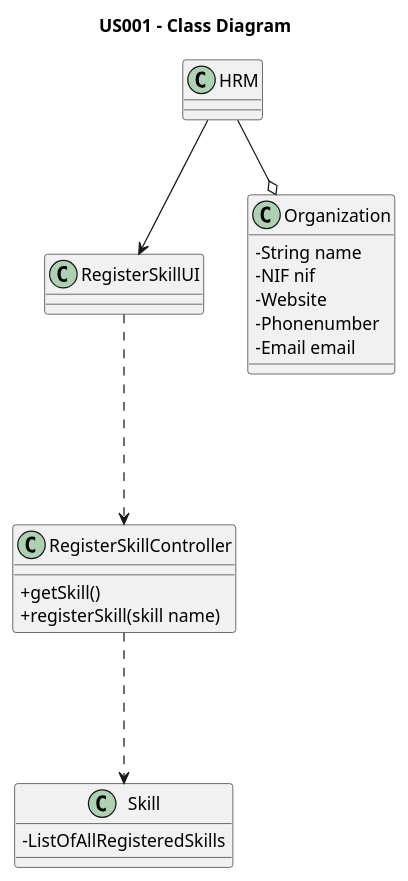
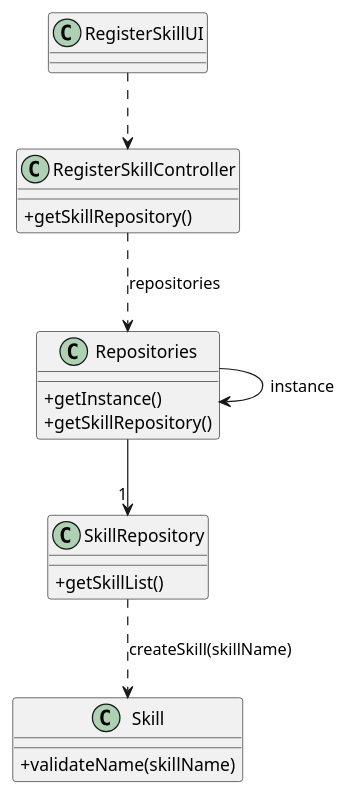
One commit to Rui-San/LAPR2_2023_2024 changed the diagram in docs/sprintB/us001/03.design/puml/us001-class-diagram.puml. Above: the diagram before and after it, drawn with PlantUML. The commit also changed 1 other file, not shown here.

Commit message:
us001: -class diagram .puml and .svg created

```diff
--- a/docs/sprintB/us001/03.design/puml/us001-class-diagram.puml
+++ b/docs/sprintB/us001/03.design/puml/us001-class-diagram.puml
@@ -1,40 +1,40 @@
 @startuml
 'skinparam monochrome true
 skinparam packageStyle rectangle
 skinparam shadowing false
 skinparam linetype polyline
 'skinparam linetype orto
-title US001 - Class Diagram
 skinparam classAttributeIconSize 0
-
 'left to right direction
 
-Class RegisterSkillController{
-    +getSkill()
-    +registerSkill(skill name)
-}
+Repositories -> Repositories : instance
 
-Class RegisterSkillUI {
+
+Repositories --> "1" SkillRepository
+
+SkillRepository ..> Skill : createSkill(skillName)
+RegisterSkillController ..> Repositories : repositories
+RegisterSkillUI ..> RegisterSkillController
+
+class RegisterSkillUI {
 
 }
 
-class Organization {
-    -String name
-    -NIF nif
-    -Website
-    -Phonenumber
-    -Email email
-}
-class HRM {
-
+class RegisterSkillController {
+    + getSkillRepository()
 }
 
-class Skill{
-    -ListOfAllRegisteredSkills
+class Repositories {
+    + getInstance()
+    + getSkillRepository()
+}
 
+class SkillRepository {
+    + getSkillList()
 }
-RegisterSkillUI --.> RegisterSkillController
-HRM --o Organization
-RegisterSkillController --.> Skill
-HRM -->  RegisterSkillUI
+
+class Skill {
+    + validateName(skillName)
+}
+
 @enduml
```
